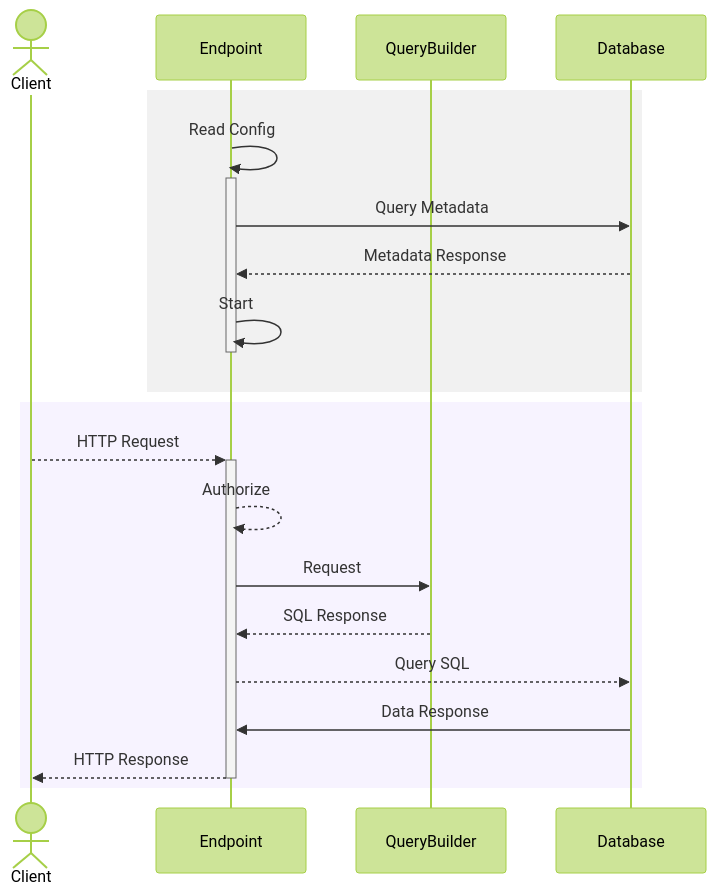
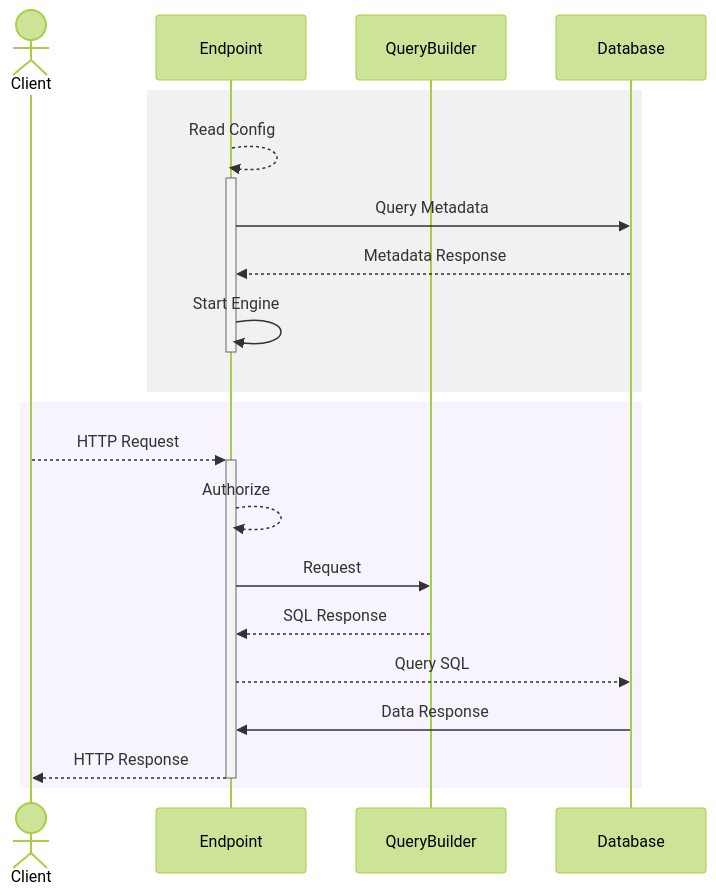
Before and after one commit to Azure/data-api-builder: the diagram in README.md, drawn with Mermaid (forest theme).

Commit message:
Changed to dotted

````diff
--- a/README.md
+++ b/README.md
@@ -199,26 +199,26 @@
 ```mermaid
 sequenceDiagram
   actor Client as Client
   participant Endpoint as Endpoint
   participant QueryBuilder as QueryBuilder
   participant DB as Database
 
   %% Initialization / Warming up section (light grey)
   rect rgba(120,120,120,0.10)
-    Endpoint ->>+ Endpoint: Read Config
+    Endpoint -->>+ Endpoint: Read Config
     Endpoint ->> DB: Query Metadata
     DB -->> Endpoint: Metadata Response
-    Endpoint ->>- Endpoint: Start
+    Endpoint ->>- Endpoint: Start Engine
   end
 
   %% Request/Response section (very light purple)
   rect rgba(180,150,255,0.11)
     Client -->>+ Endpoint: HTTP Request
       Endpoint -->> Endpoint: Authorize
     Endpoint ->> QueryBuilder: Request
     QueryBuilder -->> Endpoint: SQL Response
       Endpoint -->> DB: Query SQL
       DB ->> Endpoint: Data Response
     Endpoint -->>- Client: HTTP Response
   end
 ```
````
